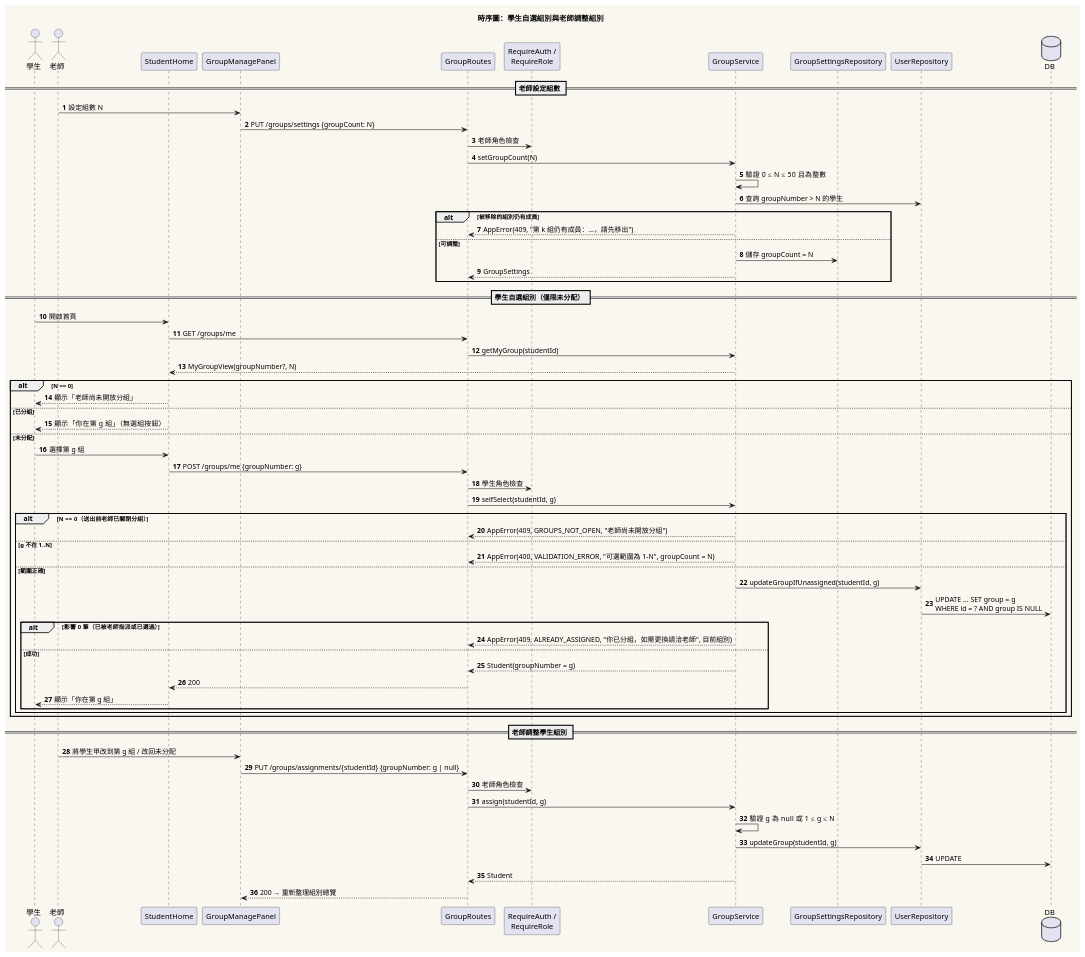
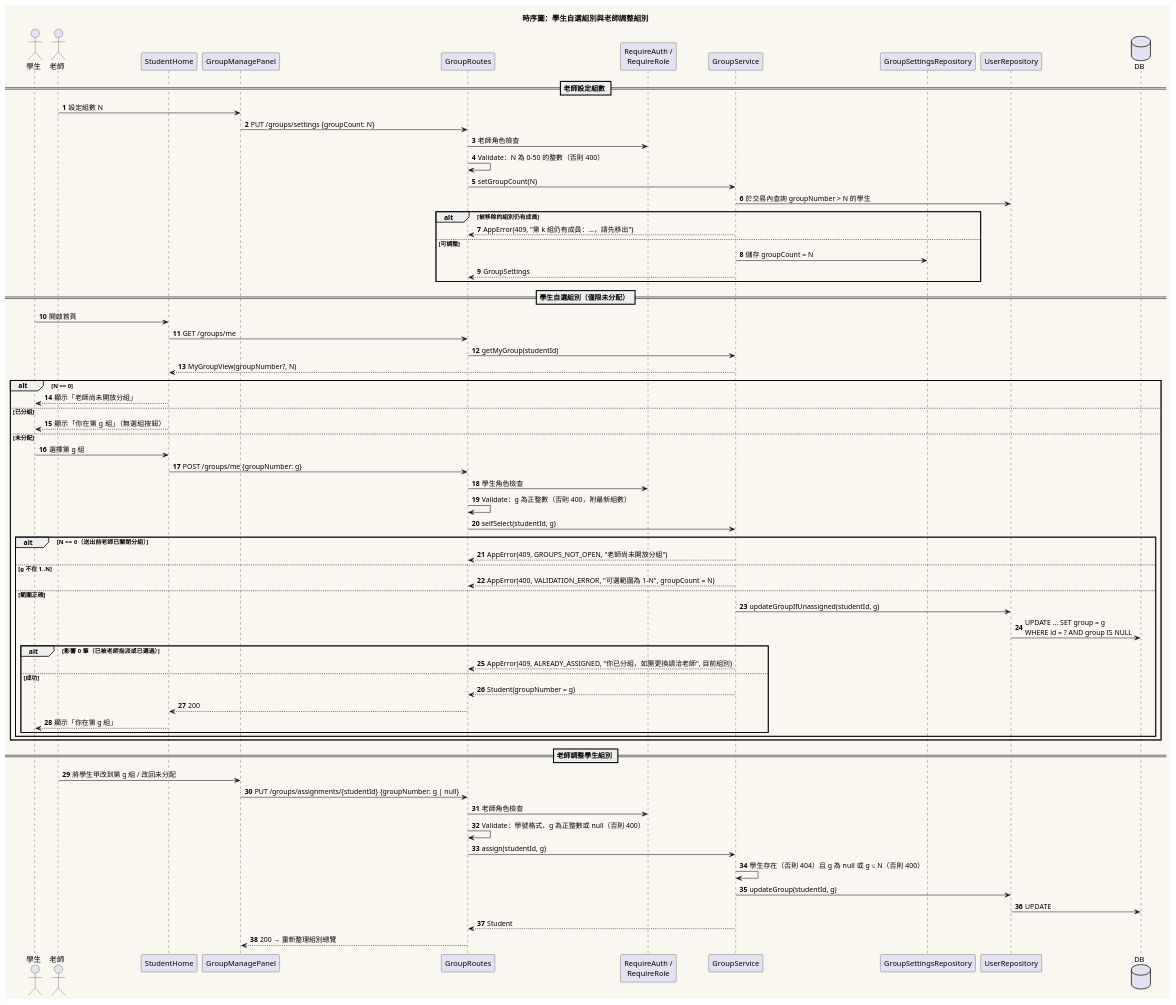
One commit to Ennn-1023/SE_project changed the diagram in diagrams/001-sequence-group.puml. Above: the diagram before and after it, drawn with PlantUML. The commit also changed 93 other files, not shown here.

```diff
--- a/diagrams/001-sequence-group.puml
+++ b/diagrams/001-sequence-group.puml
@@ -1,74 +1,76 @@
 @startuml 001-sequence-group
 title 時序圖：學生自選組別與老師調整組別
 
 skinparam backgroundColor #FAF7F0
 skinparam shadowing false
 autonumber
 
 actor "學生" as S
 actor "老師" as T
 participant "StudentHome" as SH
 participant "GroupManagePanel" as GM
 participant "GroupRoutes" as R
 participant "RequireAuth /\nRequireRole" as G
 participant "GroupService" as GS
 participant "GroupSettingsRepository" as GR
 participant "UserRepository" as UR
 database "DB" as DB
 
 == 老師設定組數 ==
 T -> GM : 設定組數 N
 GM -> R : PUT /groups/settings {groupCount: N}
 R -> G : 老師角色檢查
+R -> R : Validate：N 為 0–50 的整數（否則 400）
 R -> GS : setGroupCount(N)
-GS -> GS : 驗證 0 ≤ N ≤ 50 且為整數
-GS -> UR : 查詢 groupNumber > N 的學生
+GS -> UR : 於交易內查詢 groupNumber > N 的學生
 alt 被移除的組別仍有成員
   GS --> R : AppError(409, "第 k 組仍有成員：...，請先移出")
 else 可調整
   GS -> GR : 儲存 groupCount = N
   GS --> R : GroupSettings
 end
 
 == 學生自選組別（僅限未分配） ==
 S -> SH : 開啟首頁
 SH -> R : GET /groups/me
 R -> GS : getMyGroup(studentId)
 GS --> SH : MyGroupView(groupNumber?, N)
 alt N == 0
   SH --> S : 顯示「老師尚未開放分組」
 else 已分組
   SH --> S : 顯示「你在第 g 組」（無選組按鈕）
 else 未分配
   S -> SH : 選擇第 g 組
   SH -> R : POST /groups/me {groupNumber: g}
   R -> G : 學生角色檢查
+  R -> R : Validate：g 為正整數（否則 400，附最新組數）
   R -> GS : selfSelect(studentId, g)
   alt N == 0（送出前老師已關閉分組）
     GS --> R : AppError(409, GROUPS_NOT_OPEN, "老師尚未開放分組")
   else g 不在 1..N
     GS --> R : AppError(400, VALIDATION_ERROR, "可選範圍為 1–N", groupCount = N)
   else 範圍正確
     GS -> UR : updateGroupIfUnassigned(studentId, g)
     UR -> DB : UPDATE ... SET group = g\nWHERE id = ? AND group IS NULL
     alt 影響 0 筆（已被老師指派或已選過）
       GS --> R : AppError(409, ALREADY_ASSIGNED, "你已分組，如需更換請洽老師", 目前組別)
     else 成功
       GS --> R : Student(groupNumber = g)
       R --> SH : 200
       SH --> S : 顯示「你在第 g 組」
     end
   end
 end
 
 == 老師調整學生組別 ==
 T -> GM : 將學生甲改到第 g 組 / 改回未分配
 GM -> R : PUT /groups/assignments/{studentId} {groupNumber: g | null}
 R -> G : 老師角色檢查
+R -> R : Validate：學號格式、g 為正整數或 null（否則 400）
 R -> GS : assign(studentId, g)
-GS -> GS : 驗證 g 為 null 或 1 ≤ g ≤ N
+GS -> GS : 學生存在（否則 404）且 g 為 null 或 g ≤ N（否則 400）
 GS -> UR : updateGroup(studentId, g)
 UR -> DB : UPDATE
 GS --> R : Student
 R --> GM : 200 → 重新整理組別總覽
 @enduml
```
